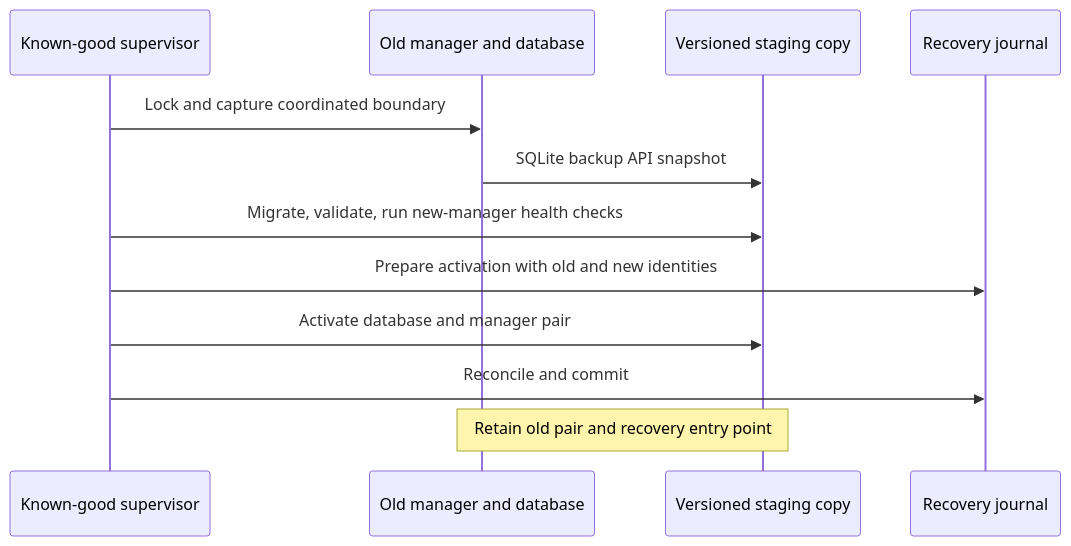
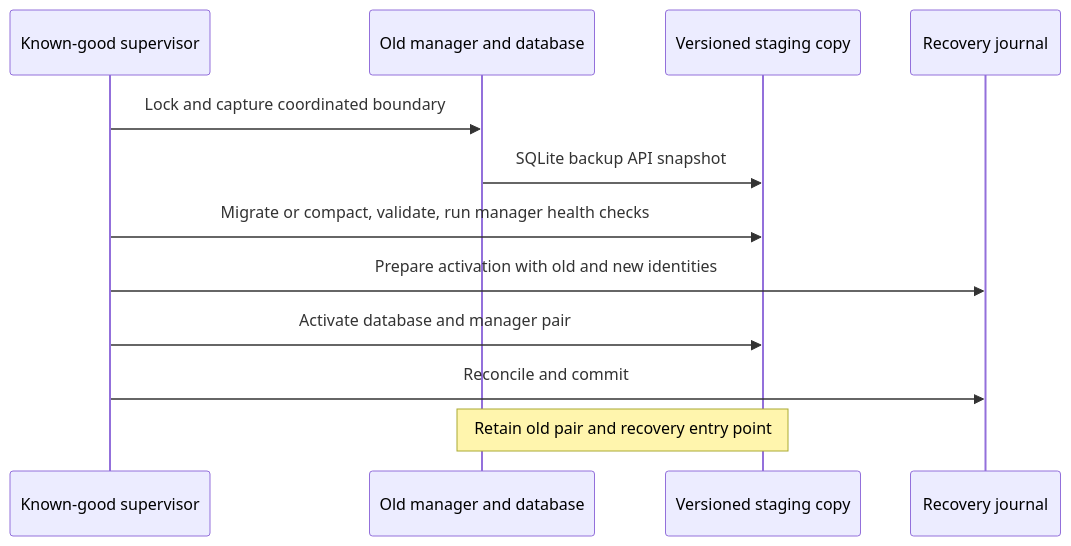
One commit to martin-juul/aslice changed the ninth of 10 diagrams in docs/DATABASE.md. Above: the diagram before and after it, drawn with Mermaid. The commit also changed other lines of this file and 15 other files, not shown here.

````diff
--- a/docs/DATABASE.md
+++ b/docs/DATABASE.md
@@ -493,14 +657,14 @@
 ```mermaid
 sequenceDiagram
   participant S as Known-good supervisor
   participant O as Old manager and database
   participant N as Versioned staging copy
   participant J as Recovery journal
   S->>O: Lock and capture coordinated boundary
   O->>N: SQLite backup API snapshot
-  S->>N: Migrate, validate, run new-manager health checks
+  S->>N: Migrate or compact, validate, run manager health checks
   S->>J: Prepare activation with old and new identities
   S->>N: Activate database and manager pair
   S->>J: Reconcile and commit
   Note over O,N: Retain old pair and recovery entry point
 ```
````
